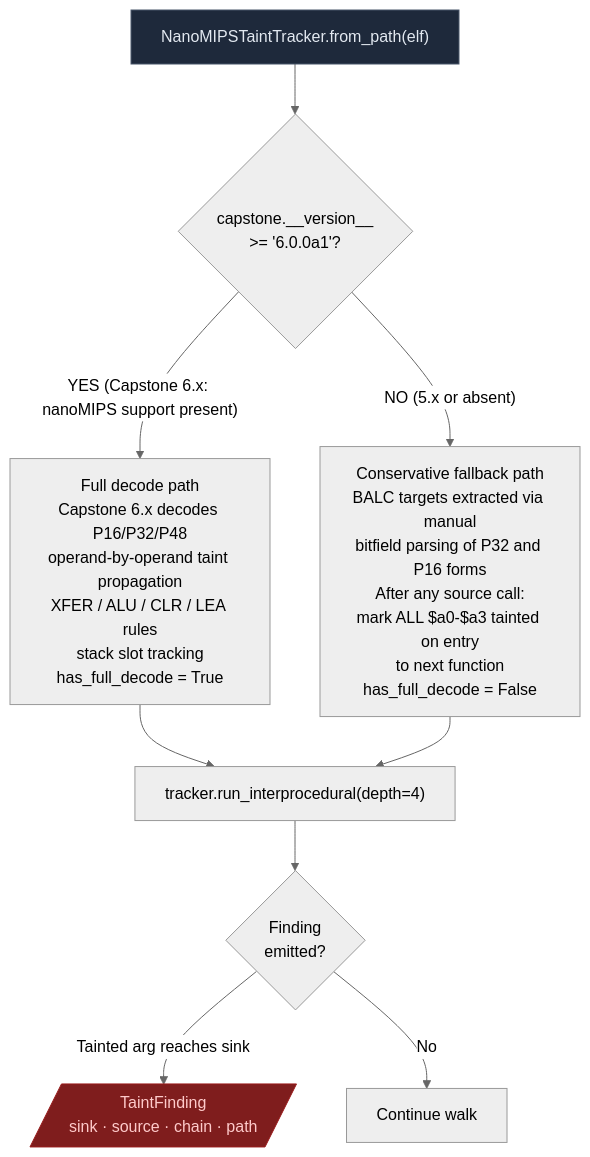
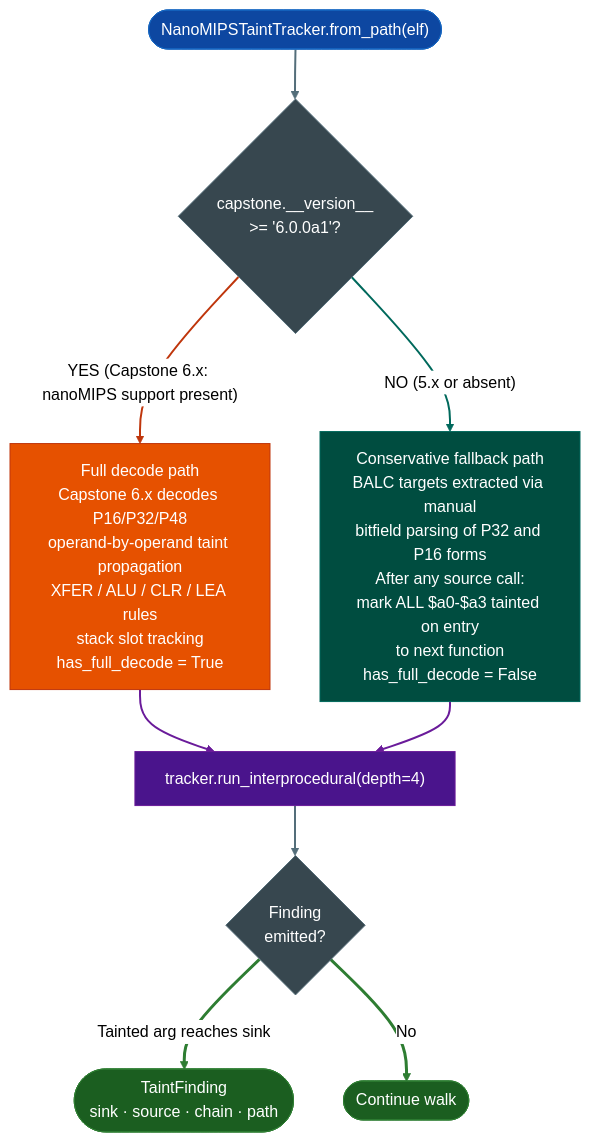
Before and after one commit to Ablation-Tool/ablation: the first of 2 diagrams in docs/reference-modules/nanomips.md, drawn with Mermaid (neutral theme). The commit also changed other lines of this file and 320 other files, not shown here.

First line of the commit message:
docs: apply canonical Mermaid template to all 321 diagrams

````diff
--- a/docs/reference-modules/nanomips.md
+++ b/docs/reference-modules/nanomips.md
@@ -90,18 +90,29 @@
 ```mermaid
 flowchart TD
-    A["NanoMIPSTaintTracker.from_path(elf)"] --> B{"capstone.__version__\n>= '6.0.0a1'?"}
+    A(["NanoMIPSTaintTracker.from_path(elf)"]):::input --> B{"capstone.__version__\n>= '6.0.0a1'?"}:::neutral
 
-    B -->|"YES (Capstone 6.x: nanoMIPS support present)"| C["Full decode path\nCapstone 6.x decodes P16/P32/P48\noperand-by-operand taint propagation\nXFER / ALU / CLR / LEA rules\nstack slot tracking\nhas_full_decode = True"]
+    B:::neutral -->|"YES (Capstone 6.x: nanoMIPS support present)"| C["Full decode path\nCapstone 6.x decodes P16/P32/P48\noperand-by-operand taint propagation\nXFER / ALU / CLR / LEA rules\nstack slot tracking\nhas_full_decode = True"]:::primary
 
-    B -->|"NO (5.x or absent)"| D["Conservative fallback path\nBALC targets extracted via manual\nbitfield parsing of P32 and P16 forms\nAfter any source call:\nmark ALL $a0-$a3 tainted on entry\nto next function\nhas_full_decode = False"]
+    B:::neutral -->|"NO (5.x or absent)"| D["Conservative fallback path\nBALC targets extracted via manual\nbitfield parsing of P32 and P16 forms\nAfter any source call:\nmark ALL $a0-$a3 tainted on entry\nto next function\nhas_full_decode = False"]:::secondary
 
-    C --> E["tracker.run_interprocedural(depth=4)"]
-    D --> E
+    C:::primary --> E["tracker.run_interprocedural(depth=4)"]:::tertiary
+    D:::secondary --> E:::tertiary
 
-    E --> F{"Finding\nemitted?"}
-    F -->|"Tainted arg reaches sink"| G[/"TaintFinding\nsink · source · chain · path"/]
-    F -->|No| H["Continue walk"]
-
-    style A fill:#1e293b,stroke:#475569,color:#e2e8f0
-    style G fill:#7f1d1d,stroke:#991b1b,color:#fecaca
+    E:::tertiary --> F{"Finding\nemitted?"}:::neutral
+    F:::neutral -->|"Tainted arg reaches sink"| G(["TaintFinding\nsink · source · chain · path"]):::output
+    F:::neutral -->|No| H(["Continue walk"]):::output
+    classDef input     fill:#0d47a1,stroke:#1565c0,color:#fff
+    classDef primary   fill:#e65100,stroke:#bf360c,color:#fff
+    classDef secondary fill:#004d40,stroke:#00695c,color:#fff
+    classDef tertiary  fill:#4a148c,stroke:#6a1b9a,color:#fff
+    classDef neutral   fill:#37474f,stroke:#546e7a,color:#fff
+    classDef output    fill:#1b5e20,stroke:#2e7d32,color:#fff
+    linkStyle 0 stroke:#546e7a,stroke-width:2px
+    linkStyle 1 stroke:#bf360c,stroke-width:2px
+    linkStyle 2 stroke:#00695c,stroke-width:2px
+    linkStyle 3 stroke:#6a1b9a,stroke-width:2px
+    linkStyle 4 stroke:#6a1b9a,stroke-width:2px
+    linkStyle 5 stroke:#546e7a,stroke-width:2px
+    linkStyle 6 stroke:#2e7d32,stroke-width:3px
+    linkStyle 7 stroke:#2e7d32,stroke-width:3px
 ```
````
